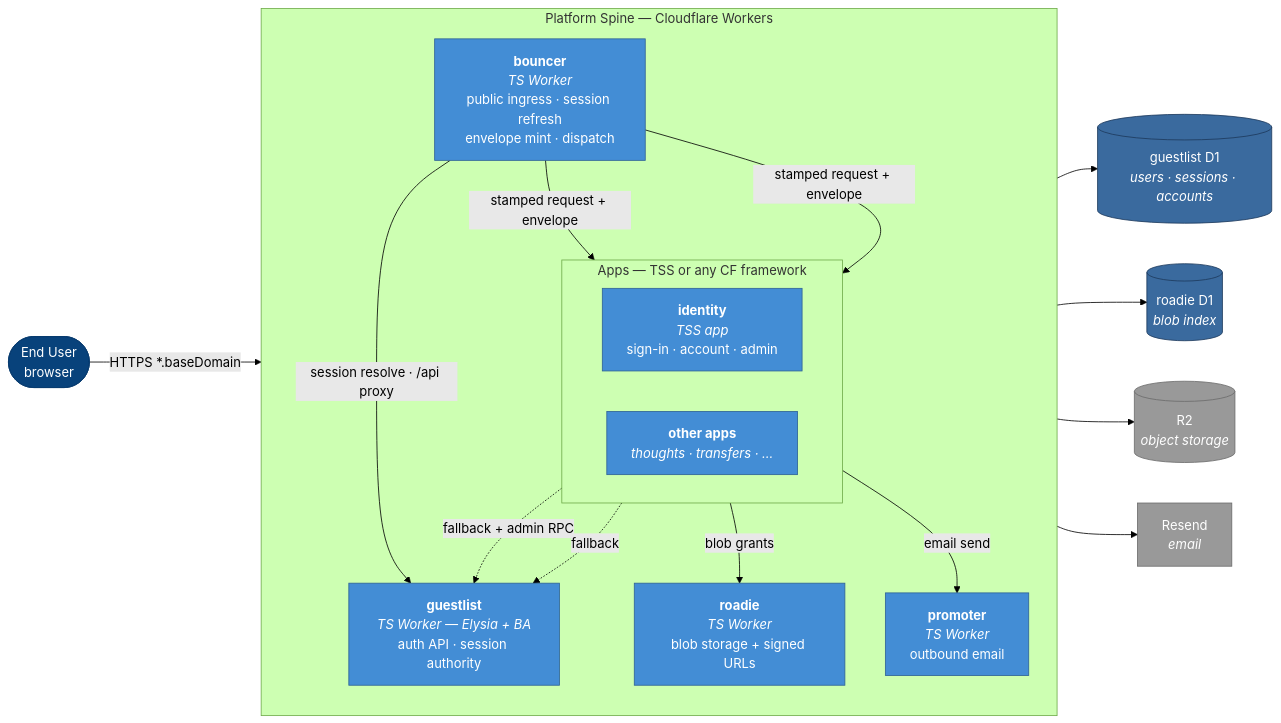
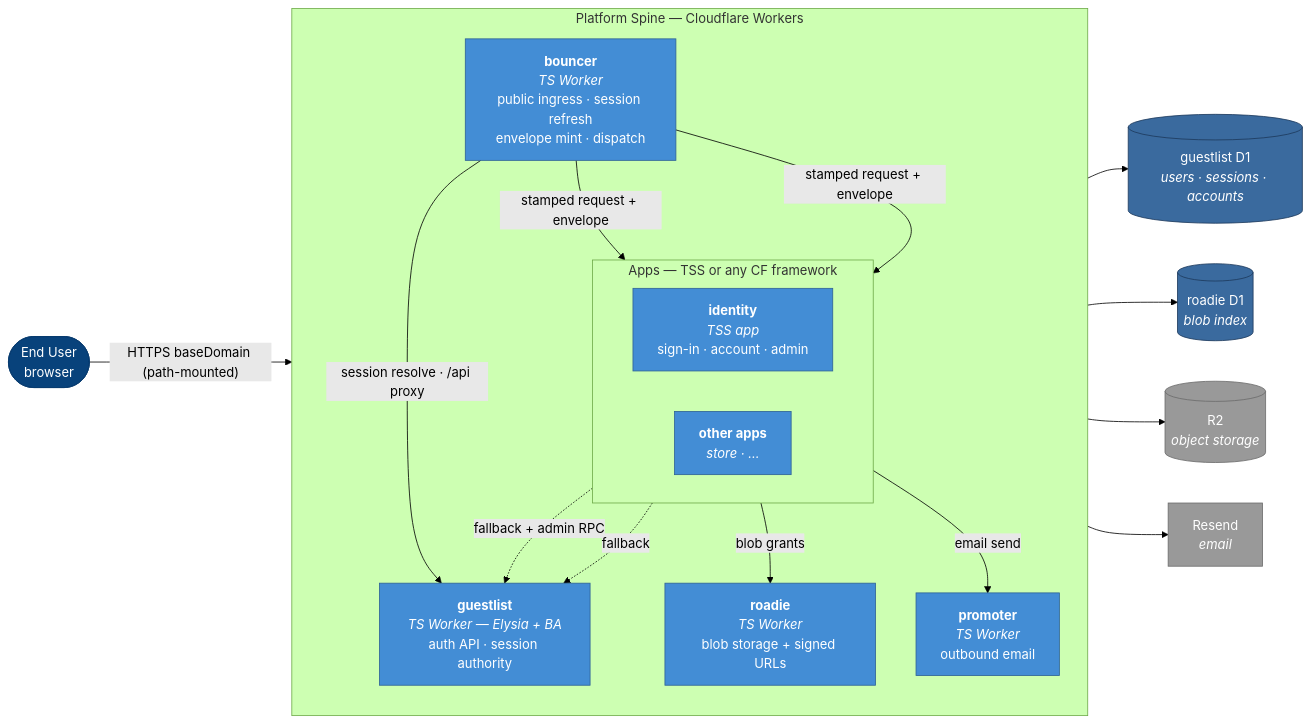
Before and after one commit to apostolos-geyer/somewhatintelligent: the second of 12 diagrams in docs/ARCHITECTURE.md, drawn with Mermaid (forest theme). The commit also changed other lines of this file and 68 other files, not shown here.

````diff
--- a/docs/ARCHITECTURE.md
+++ b/docs/ARCHITECTURE.md
@@ -72,44 +72,44 @@
 ```mermaid
 flowchart LR
   user(["End User<br/>browser"]):::person
 
   subgraph platform["Platform Spine — Cloudflare Workers"]
     direction TB
     bouncer["<b>bouncer</b><br/><i>TS Worker</i><br/>public ingress · session refresh<br/>envelope mint · dispatch"]:::ctr
 
     subgraph apps["Apps — TSS or any CF framework"]
       direction LR
       identity["<b>identity</b><br/><i>TSS app</i><br/>sign-in · account · admin"]:::ctr
-      other["<b>other apps</b><br/><i>thoughts · transfers · ...</i>"]:::ctr
+      other["<b>other apps</b><br/><i>store · ...</i>"]:::ctr
     end
 
     guestlist["<b>guestlist</b><br/><i>TS Worker — Elysia + BA</i><br/>auth API · session authority"]:::ctr
     roadie["<b>roadie</b><br/><i>TS Worker</i><br/>blob storage + signed URLs"]:::ctr
     promoter["<b>promoter</b><br/><i>TS Worker</i><br/>outbound email"]:::ctr
   end
 
   d1b[("guestlist D1<br/><i>users · sessions · accounts</i>")]:::db
   d1r[("roadie D1<br/><i>blob index</i>")]:::db
   r2[("R2<br/><i>object storage</i>")]:::ext
   resend["Resend<br/><i>email</i>"]:::ext
 
-  user -->|"HTTPS *.baseDomain"| bouncer
+  user -->|"HTTPS baseDomain (path-mounted)"| bouncer
   bouncer -->|"session resolve · /api proxy"| guestlist
   bouncer -->|"stamped request + envelope"| identity
   bouncer -->|"stamped request + envelope"| other
 
   identity -.->|"fallback + admin RPC"| guestlist
   other -.->|"fallback"| guestlist
   other -->|"blob grants"| roadie
   other -->|"email send"| promoter
 
   guestlist --> d1b
   roadie --> d1r
   roadie --> r2
   promoter --> resend
 
   classDef person fill:#08427b,stroke:#073b6f,color:#fff
   classDef ctr fill:#438dd5,stroke:#2e6295,color:#fff
   classDef db fill:#3a6a9e,stroke:#1d3a5c,color:#fff
   classDef ext fill:#999,stroke:#6b6b6b,color:#fff
 ```
````
